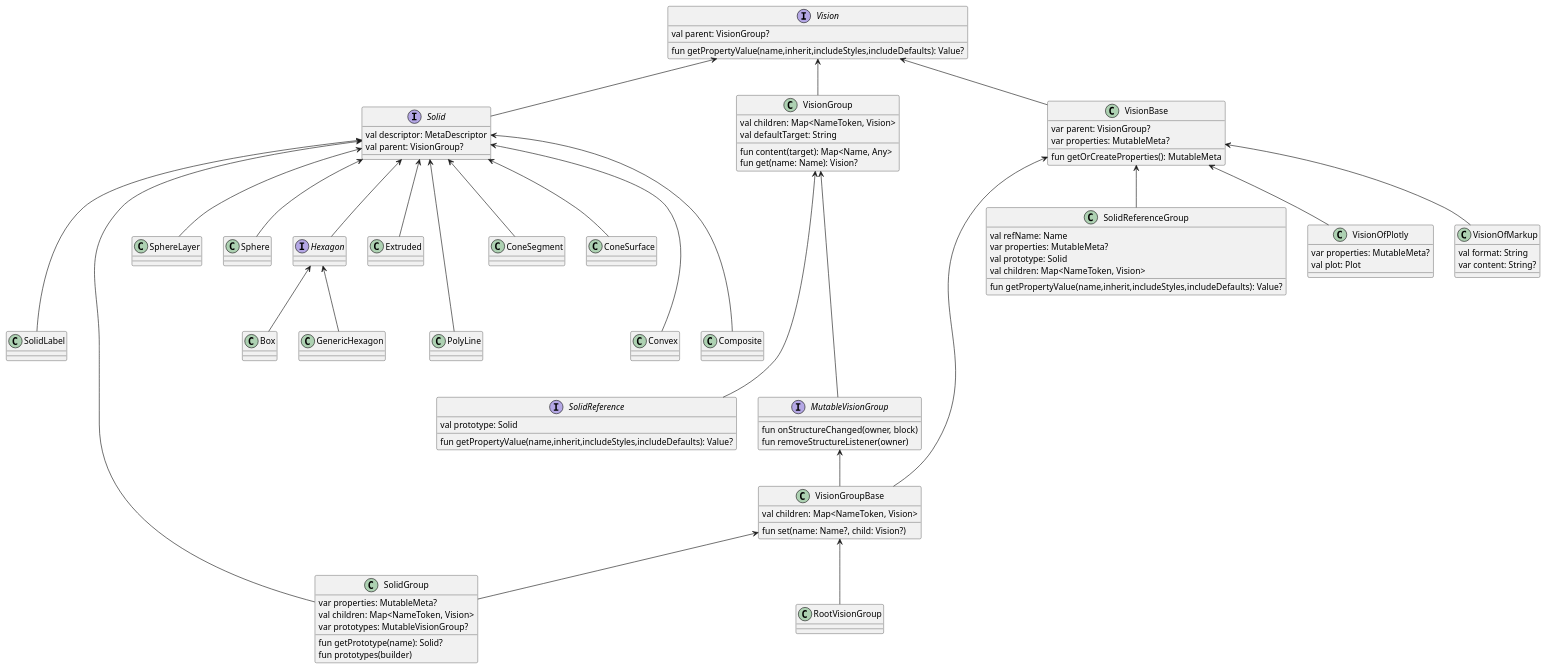
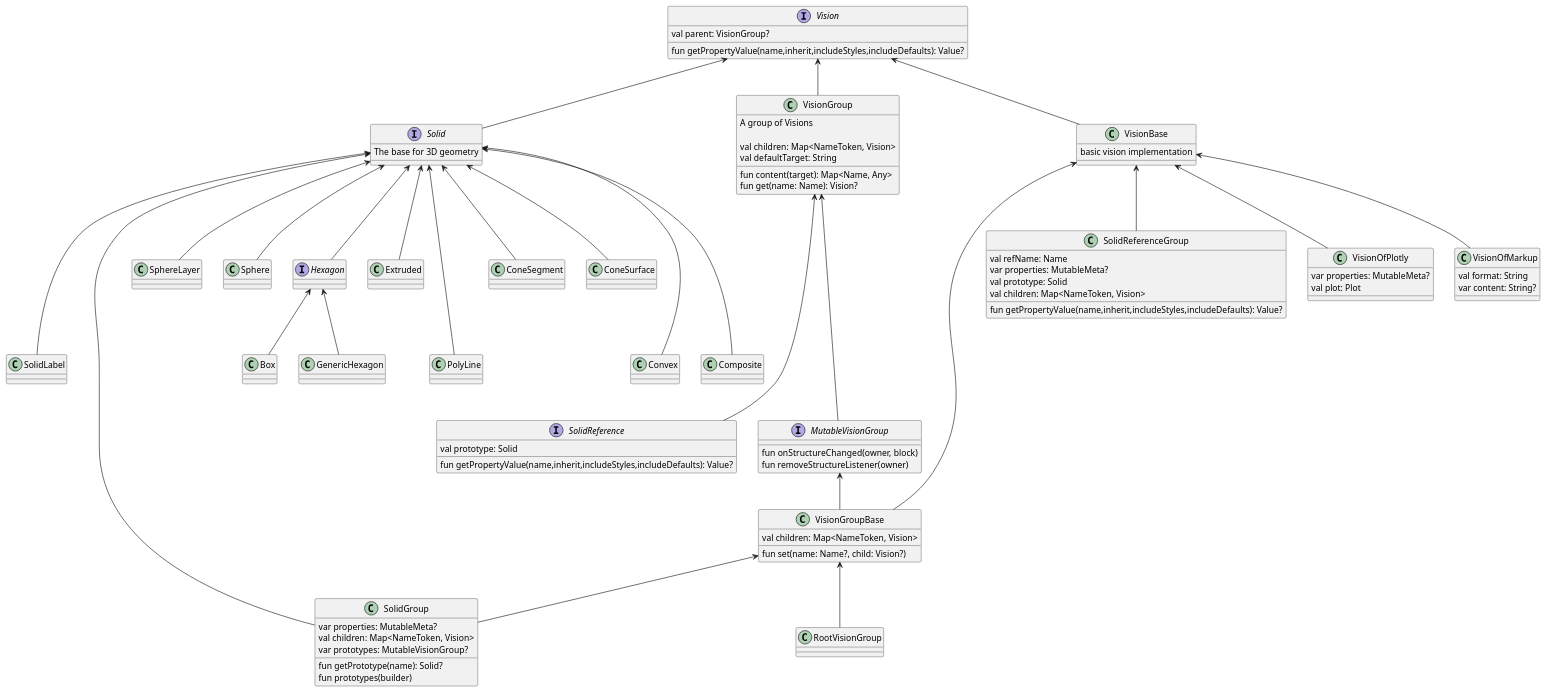
One commit to SciProgCentre/visionforge changed the diagram in docs/uml/Vision.puml. Above: the diagram before and after it, drawn with PlantUML. The commit also changed 1 other file, not shown here.

```diff
--- a/docs/uml/Vision.puml
+++ b/docs/uml/Vision.puml
@@ -1,125 +1,124 @@
 @startuml
 'https://plantuml.com/class-diagram
 
 interface Vision{
     val parent: VisionGroup?
     fun getPropertyValue(name,inherit,includeStyles,includeDefaults): Value?
 }
 
 interface Solid{
-    val descriptor: MetaDescriptor
-    val parent: VisionGroup?
+    The base for 3D geometry
 }
 Vision <-- Solid
 
 class VisionGroup{
+    A group of Visions
+
     val children: Map<NameToken, Vision>
     val defaultTarget: String
+
     fun content(target): Map<Name, Any>
     fun get(name: Name): Vision?
 }
 Vision <-- VisionGroup
 
 class VisionBase{
-    var parent: VisionGroup?
-    var properties: MutableMeta?
-    fun getOrCreateProperties(): MutableMeta
+    basic vision implementation
 }
 Vision <-- VisionBase
 
 
 class SolidLabel
 Solid <--- SolidLabel
 
 class SolidGroup{
     var properties: MutableMeta?
     val children: Map<NameToken, Vision>
     var prototypes: MutableVisionGroup?
 
     fun getPrototype(name): Solid?
     fun prototypes(builder)
 }
 Solid <--- SolidGroup
 VisionGroupBase <-- SolidGroup
 
 class SphereLayer
 Solid <-- SphereLayer
 
 class Sphere
 Solid <-- Sphere
 
 class Box
 Hexagon <-- Box
 
 class GenericHexagon
 Hexagon <-- GenericHexagon
 
 class Extruded
 Solid <-- Extruded
 
 
 class PolyLine
 Solid <--- PolyLine
 
 
 interface Hexagon
 Solid <-- Hexagon
 
 class ConeSegment
 Solid <-- ConeSegment
 
 class ConeSurface
 Solid <-- ConeSurface
 
 
 class Convex
 Solid <--- Convex
 
 class Composite
 Solid <--- Composite
 
 
 interface SolidReference{
     val prototype: Solid
     fun getPropertyValue(name,inherit,includeStyles,includeDefaults): Value?
 }
 VisionGroup <---- SolidReference
 
 class SolidReferenceGroup{
     val refName: Name
     var properties: MutableMeta?
     val prototype: Solid
     val children: Map<NameToken, Vision>
     fun getPropertyValue(name,inherit,includeStyles,includeDefaults): Value?
 }
 VisionBase <-- SolidReferenceGroup
 
 interface MutableVisionGroup{
     fun onStructureChanged(owner, block)
     fun removeStructureListener(owner)
 }
 VisionGroup <---- MutableVisionGroup
 
 class VisionGroupBase{
     val children: Map<NameToken, Vision>
     fun set(name: Name?, child: Vision?)
 }
 VisionBase <-- VisionGroupBase
 MutableVisionGroup <-- VisionGroupBase
 
 class RootVisionGroup
 VisionGroupBase <-- RootVisionGroup
 
-
 class VisionOfPlotly{
      var properties: MutableMeta?
      val plot: Plot
 }
 VisionBase <-- VisionOfPlotly
 
 class VisionOfMarkup{
     val format: String
     var content: String?
 }
 VisionBase <-- VisionOfMarkup
 @enduml
```
